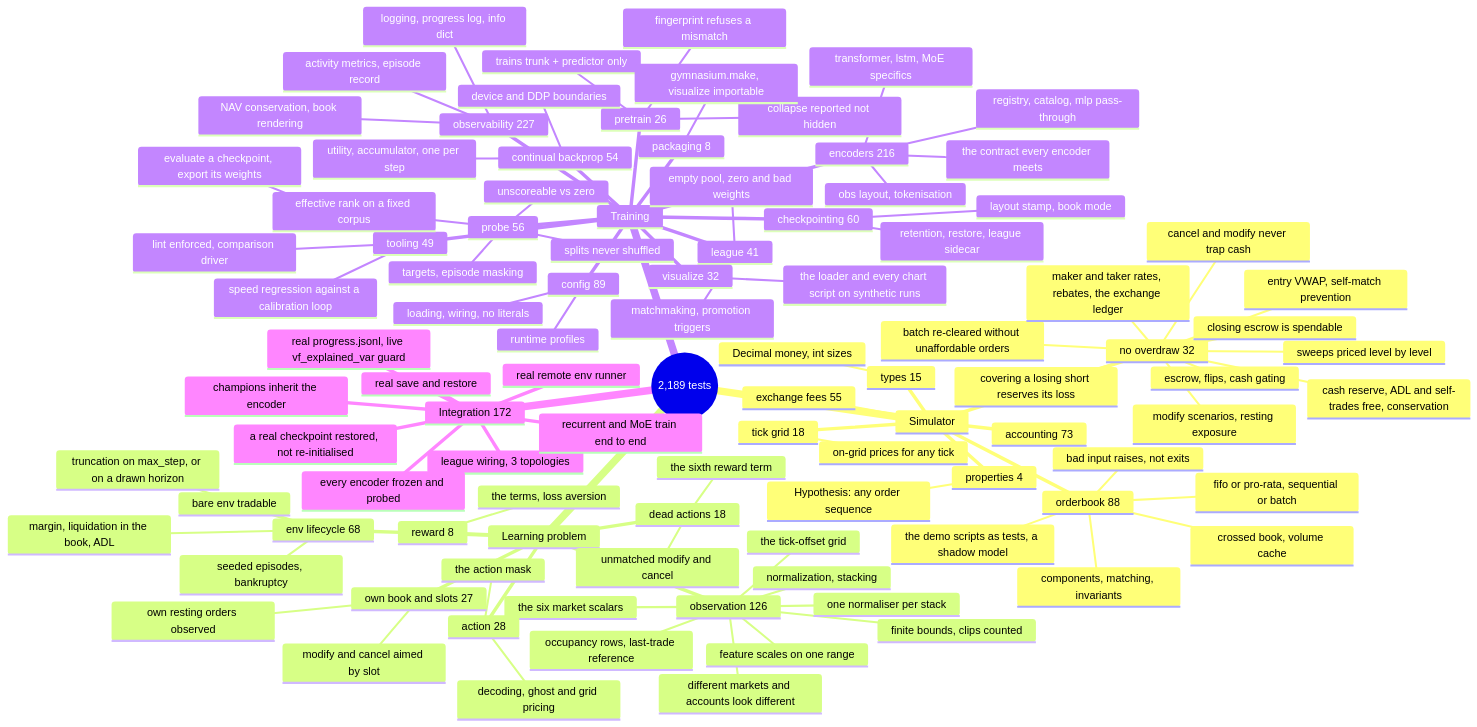
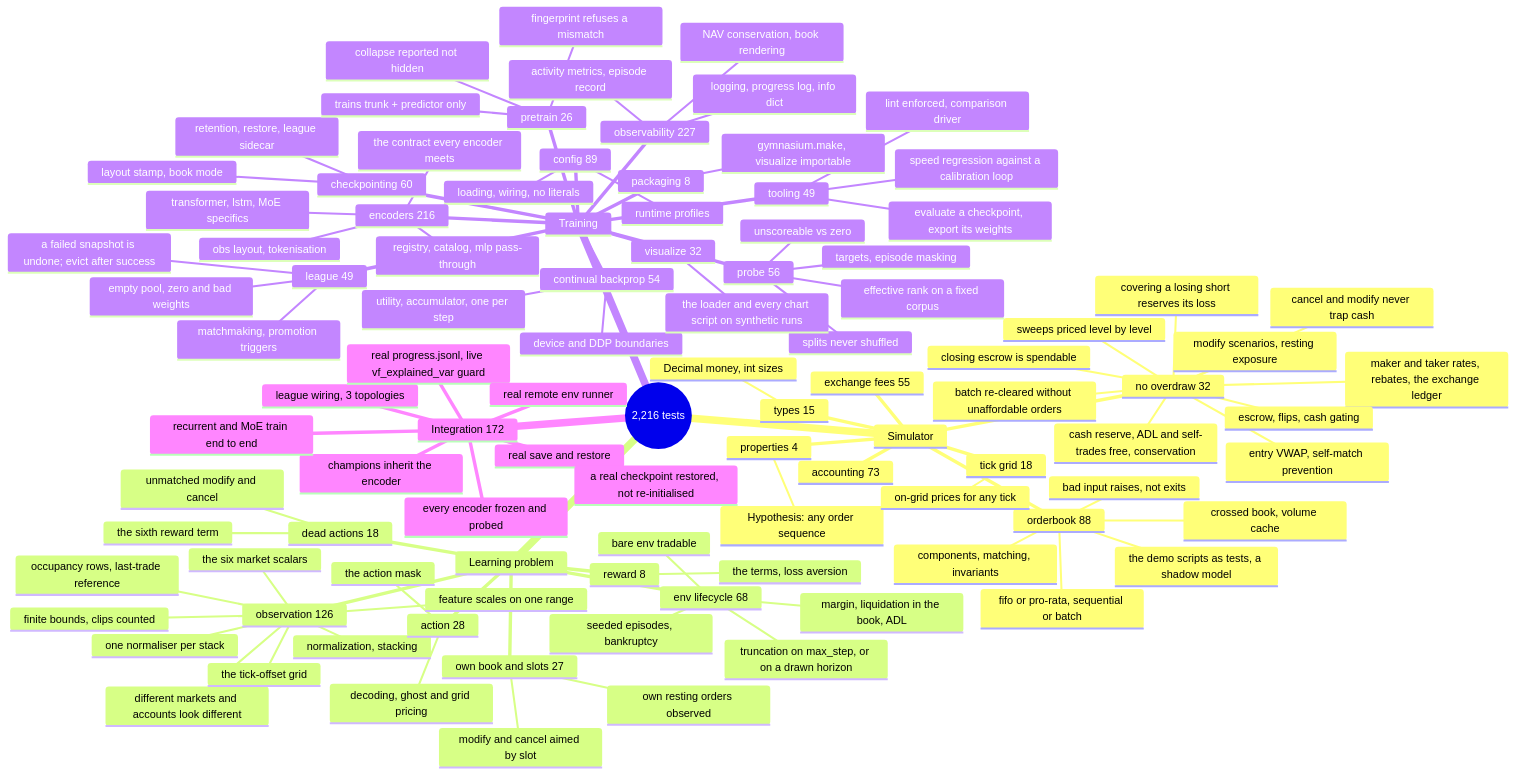
The diagram in doc/10_testing.md (ChuaCheowHuan/gym-continuousDoubleAuction), drawn with Mermaid before and after one commit. The commit also changed other lines of this file and 10 other files, not shown here.

````diff
--- a/doc/10_testing.md
+++ b/doc/10_testing.md
@@ -169,6 +170,6 @@
 ```mermaid
 mindmap
-  root((2,189 tests))
+  root((2,216 tests))
     Simulator
       orderbook 88
         the demo scripts as tests, a shadow model
@@ -228,7 +229,8 @@
       checkpointing 60
         layout stamp, book mode
         retention, restore, league sidecar
-      league 41
+      league 49
+        a failed snapshot is undone; evict after success
         matchmaking, promotion triggers
         empty pool, zero and bad weights
       encoders 216
````
